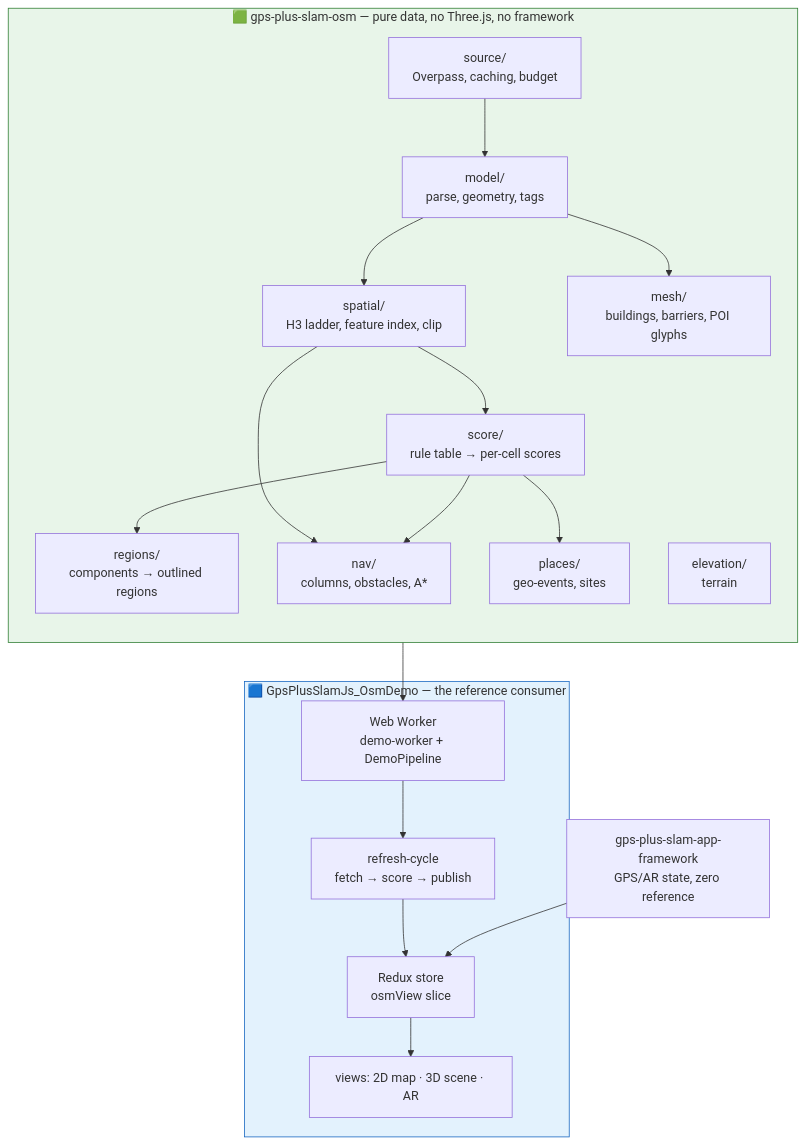
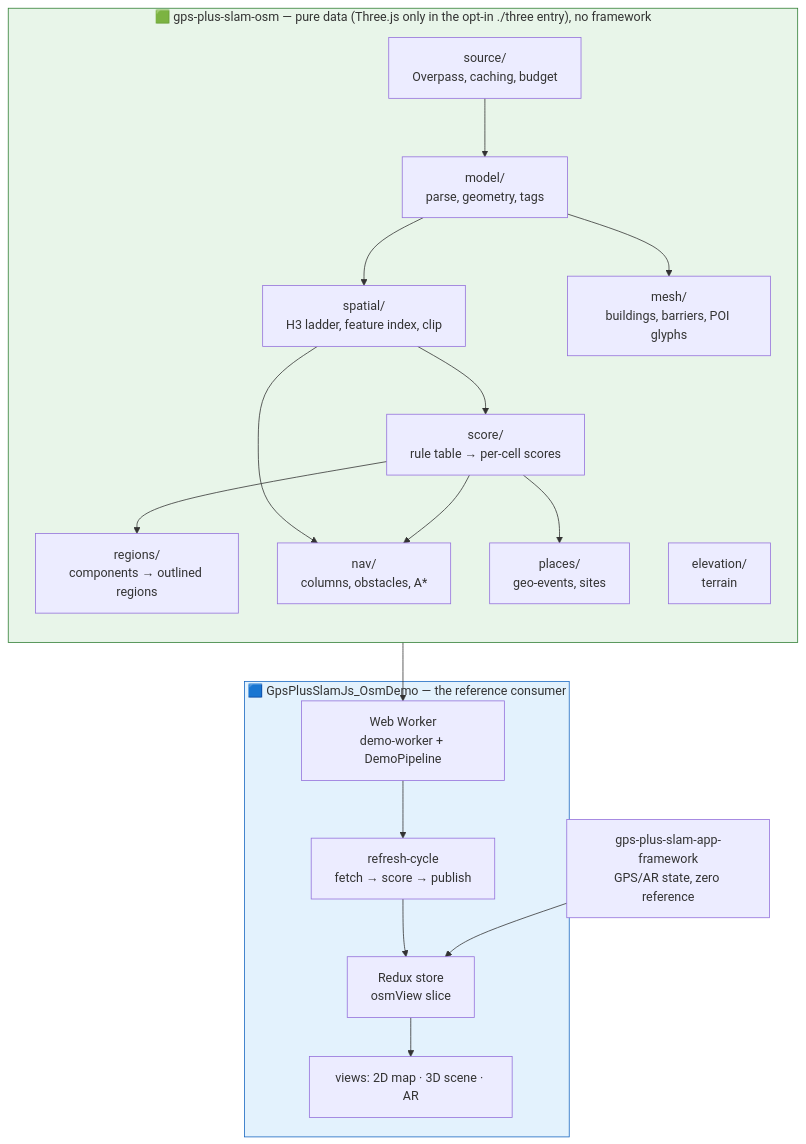
Before and after one commit to cs-util-com/location-based-webxr: the first of 5 diagrams in GpsPlusSlamJs_Osm/ARCHITECTURE.md, drawn with Mermaid. The commit also changed 83 other files, not shown here.

First line of the commit message:
feat(osm): the Osm library serves a second app - one ruler with AR, the height field, buildCity and a three.js entry move in from OsmDemo

````diff
--- a/GpsPlusSlamJs_Osm/ARCHITECTURE.md
+++ b/GpsPlusSlamJs_Osm/ARCHITECTURE.md
@@ -37,38 +37,38 @@
 ```mermaid
 flowchart TB
-  subgraph pkg["🟩 gps-plus-slam-osm — pure data, no Three.js, no framework"]
+  subgraph pkg["🟩 gps-plus-slam-osm — pure data (Three.js only in the opt-in ./three entry), no framework"]
     direction TB
     src["source/<br/>Overpass, caching, budget"]
     model["model/<br/>parse, geometry, tags"]
     spatial["spatial/<br/>H3 ladder, feature index, clip"]
     score["score/<br/>rule table → per-cell scores"]
     regions["regions/<br/>components → outlined regions"]
     nav["nav/<br/>columns, obstacles, A*"]
     places["places/<br/>geo-events, sites"]
     mesh["mesh/<br/>buildings, barriers, POI glyphs"]
     elev["elevation/<br/>terrain"]
     src --> model --> spatial --> score --> regions
     spatial --> nav
     score --> nav
     score --> places
     model --> mesh
   end
 
   subgraph demo["🟦 GpsPlusSlamJs_OsmDemo — the reference consumer"]
     worker["Web Worker<br/>demo-worker + DemoPipeline"]
     store["Redux store<br/>osmView slice"]
     cycle["refresh-cycle<br/>fetch → score → publish"]
     views["views: 2D map · 3D scene · AR"]
     worker --> cycle --> store --> views
   end
 
   fw["gps-plus-slam-app-framework<br/>GPS/AR state, zero reference"]
 
   pkg --> worker
   fw --> store
 
   classDef p fill:#e8f5e9,stroke:#2e7d32
   classDef d fill:#e3f2fd,stroke:#1565c0
   class pkg p
   class demo d
 ```
````
